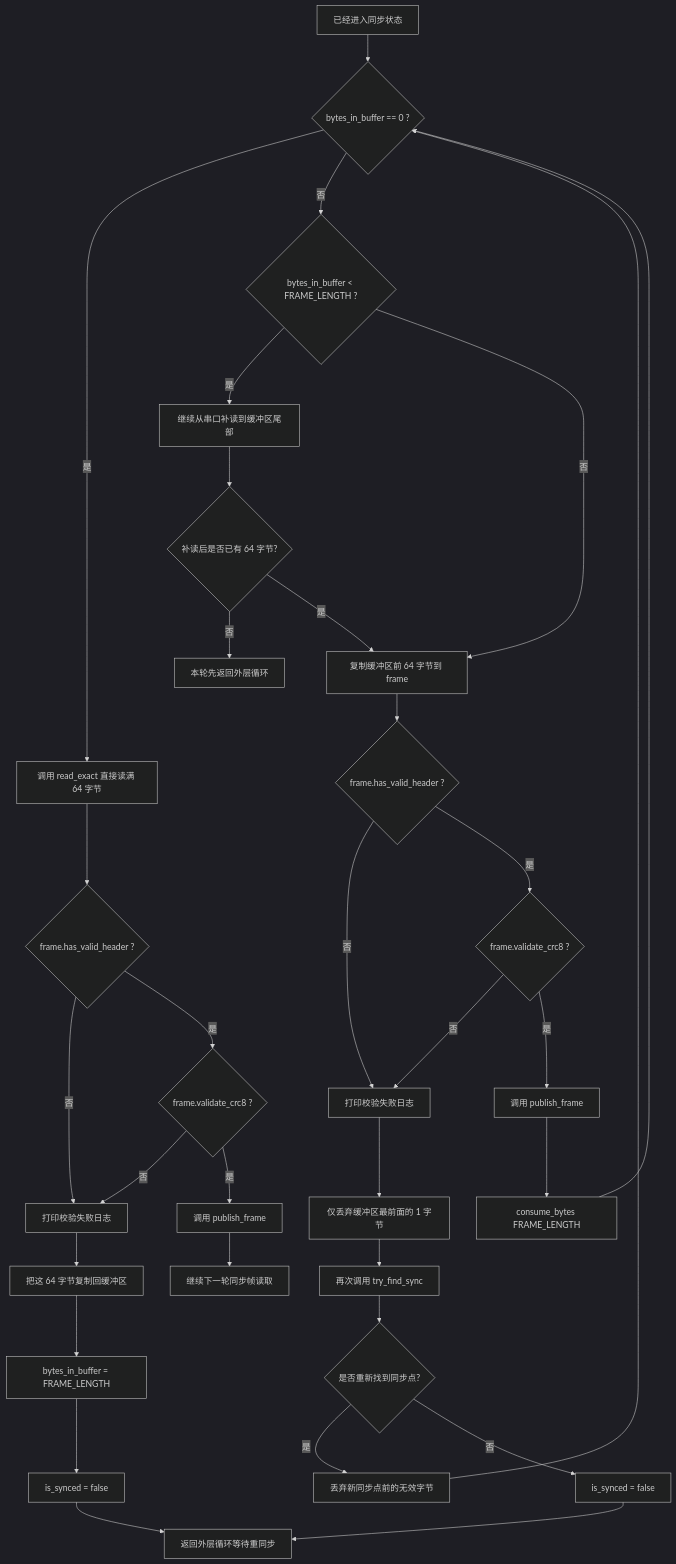
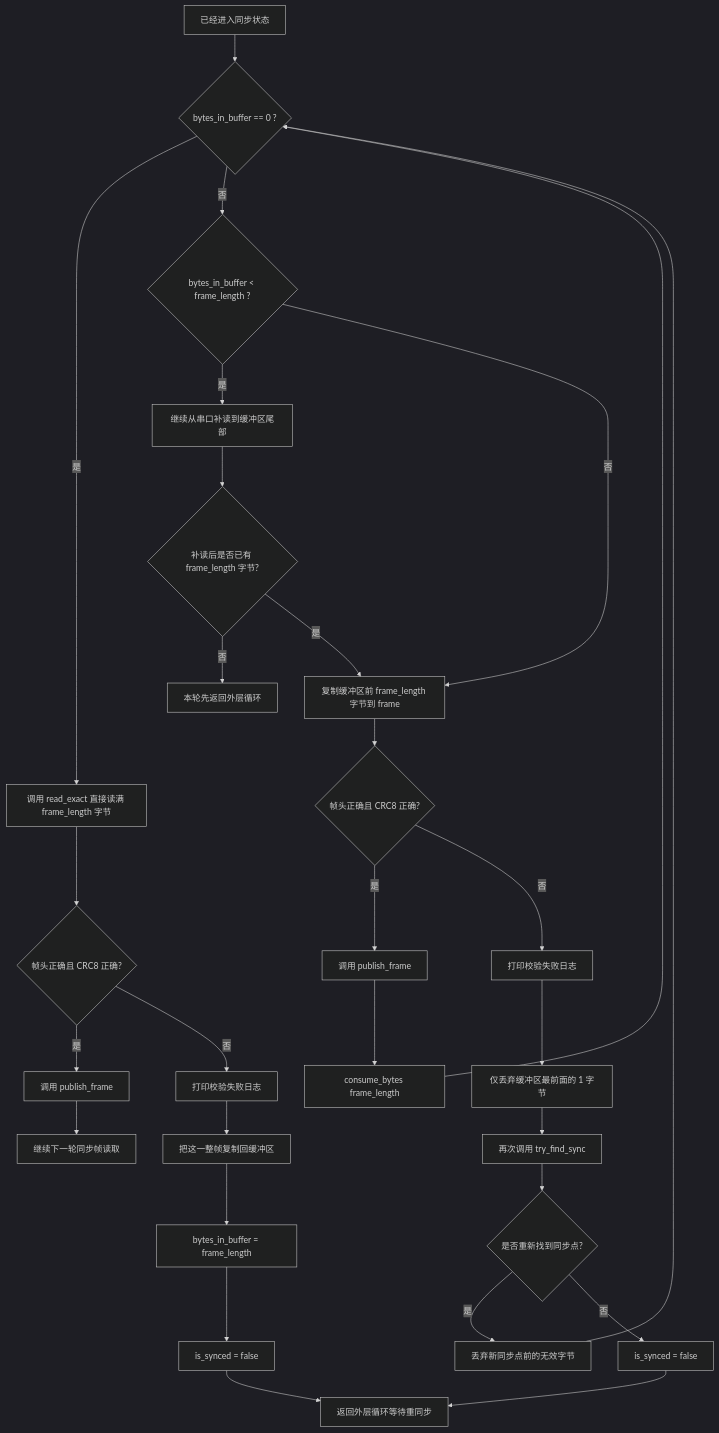
The diagram in docs/frame_sync/03_已同步后处理.md (ecuster21/MissionComputerTeach), drawn with Mermaid (dark theme) before and after one commit. The commit also changed other lines of this file and 20 other files, not shown here.

````diff
--- a/docs/frame_sync/03_已同步后处理.md
+++ b/docs/frame_sync/03_已同步后处理.md
@@ -5,40 +5,34 @@
 ```mermaid
 flowchart TB
     A[已经进入同步状态] --> B{bytes_in_buffer == 0 ?}
 
-    B -- 是 --> C[调用 read_exact 直接读满 64 字节]
-    C --> D{frame.has_valid_header ?}
-    D -- 否 --> E[打印校验失败日志]
-    D -- 是 --> F{frame.validate_crc8 ?}
-    F -- 否 --> E
-    F -- 是 --> G[调用 publish_frame]
-    G --> H[继续下一轮同步帧读取]
+    B -- 是 --> C[调用 read_exact 直接读满 frame_length 字节]
+    C --> D{帧头正确且 CRC8 正确?}
+    D -- 是 --> E[调用 publish_frame]
+    E --> F[继续下一轮同步帧读取]
+    D -- 否 --> G[打印校验失败日志]
+    G --> H[把这一整帧复制回缓冲区]
+    H --> I[bytes_in_buffer = frame_length]
+    I --> J[is_synced = false]
+    J --> K[返回外层循环等待重同步]
 
-    E --> I[把这 64 字节复制回缓冲区]
-    I --> J[bytes_in_buffer = FRAME_LENGTH]
-    J --> K[is_synced = false]
-    K --> L[返回外层循环等待重同步]
+    B -- 否 --> L{bytes_in_buffer < frame_length ?}
+    L -- 是 --> M[继续从串口补读到缓冲区尾部]
+    M --> N{补读后是否已有 frame_length 字节?}
+    N -- 否 --> O[本轮先返回外层循环]
+    N -- 是 --> P[复制缓冲区前 frame_length 字节到 frame]
+    L -- 否 --> P[复制缓冲区前 frame_length 字节到 frame]
 
-    B -- 否 --> M{bytes_in_buffer < FRAME_LENGTH ?}
-    M -- 是 --> N[继续从串口补读到缓冲区尾部]
-    N --> O{补读后是否已有 64 字节?}
-    O -- 否 --> L2[本轮先返回外层循环]
-    O -- 是 --> P[复制缓冲区前 64 字节到 frame]
-    M -- 否 --> P[复制缓冲区前 64 字节到 frame]
-
-    P --> Q{frame.has_valid_header ?}
-    Q -- 否 --> R[打印校验失败日志]
-    Q -- 是 --> S{frame.validate_crc8 ?}
-    S -- 否 --> R
-    S -- 是 --> T[调用 publish_frame]
-    T --> U[consume_bytes FRAME_LENGTH]
-    U --> B
-
-    R --> V[仅丢弃缓冲区最前面的 1 字节]
-    V --> W[再次调用 try_find_sync]
-    W --> X{是否重新找到同步点?}
-    X -- 是 --> Y[丢弃新同步点前的无效字节]
-    Y --> B
-    X -- 否 --> Z[is_synced = false]
-    Z --> L
+    P --> Q{帧头正确且 CRC8 正确?}
+    Q -- 是 --> R[调用 publish_frame]
+    R --> S[consume_bytes frame_length]
+    S --> B
+    Q -- 否 --> T[打印校验失败日志]
+    T --> U[仅丢弃缓冲区最前面的 1 字节]
+    U --> V[再次调用 try_find_sync]
+    V --> W{是否重新找到同步点?}
+    W -- 是 --> X[丢弃新同步点前的无效字节]
+    X --> B
+    W -- 否 --> Y[is_synced = false]
+    Y --> K
 ```
````
